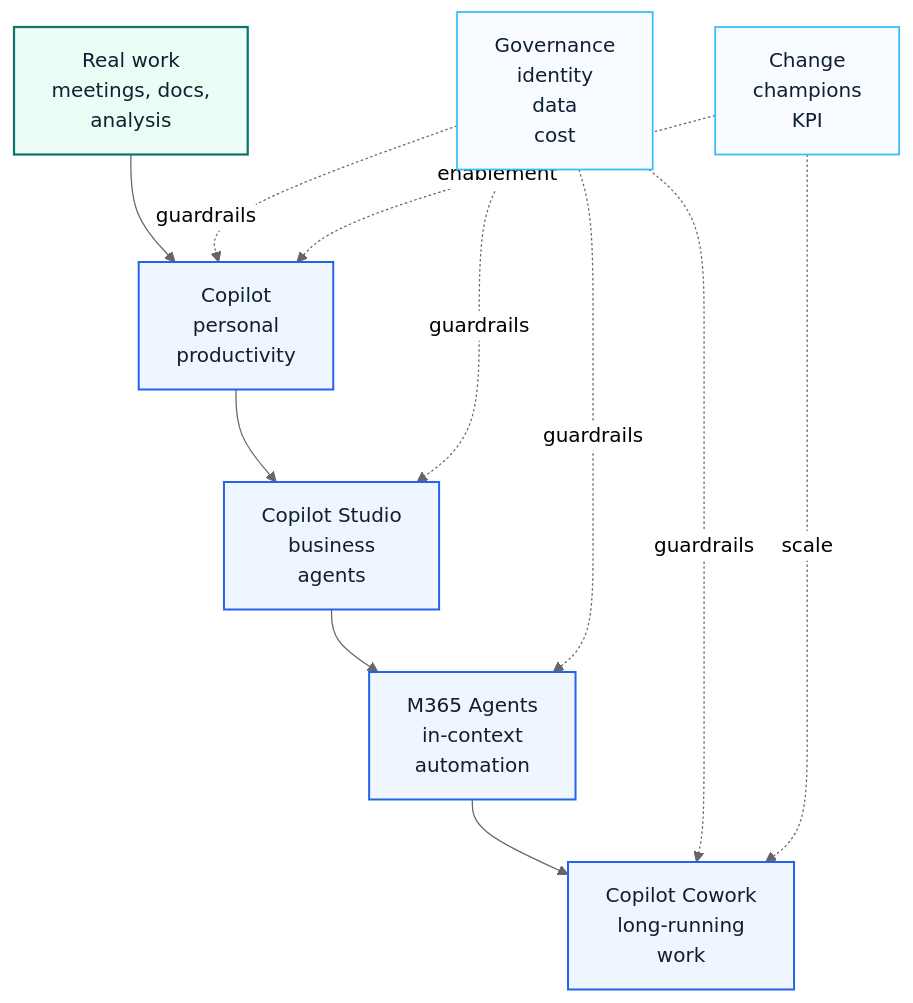
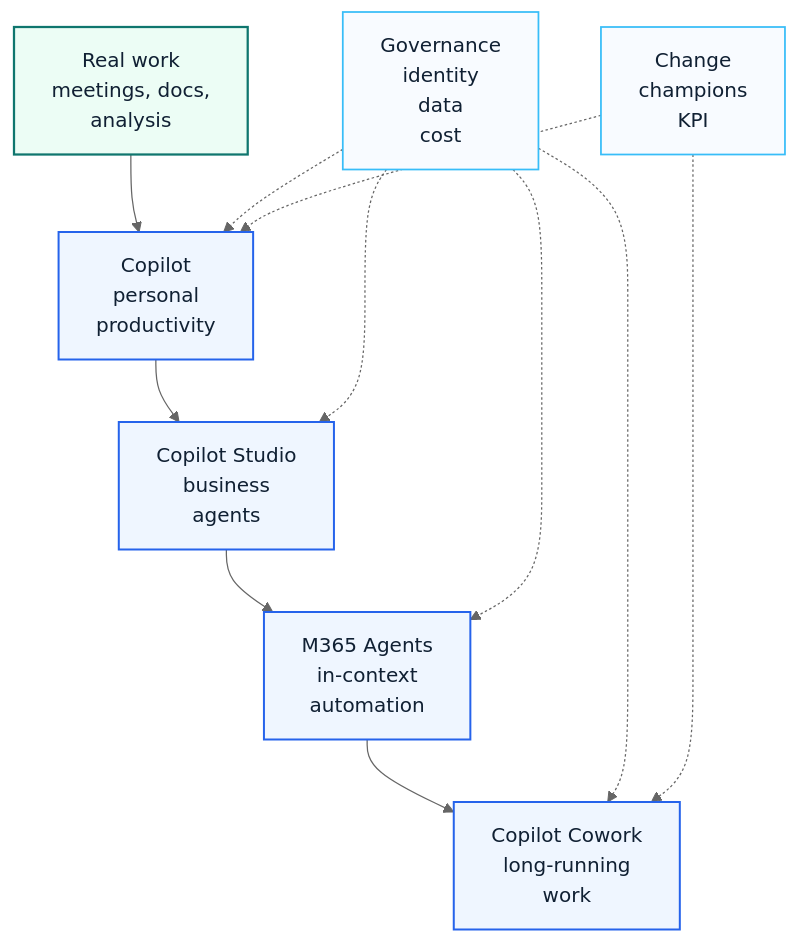
The diagram in docs/copilot/overview.md (Eric841001/Eric841001.github.io), drawn with Mermaid (neutral theme) before and after one commit.

Commit message:
Simplify Copilot adoption diagram

````diff
--- a/docs/copilot/overview.md
+++ b/docs/copilot/overview.md
@@ -15,22 +15,22 @@
 ```mermaid
 flowchart TB
   Work["Real work<br/>meetings, docs,<br/>analysis"]:::work
   Copilot["Copilot<br/>personal<br/>productivity"]:::ai
   Studio["Copilot Studio<br/>business<br/>agents"]:::ai
   Agents["M365 Agents<br/>in-context<br/>automation"]:::ai
   Cowork["Copilot Cowork<br/>long-running<br/>work"]:::ai
   Governance["Governance<br/>identity<br/>data<br/>cost"]:::gov
   Adoption["Change<br/>champions<br/>KPI"]:::gov
 
   Work --> Copilot --> Studio --> Agents --> Cowork
-  Governance -. guardrails .-> Copilot
-  Governance -. guardrails .-> Studio
-  Governance -. guardrails .-> Agents
-  Governance -. guardrails .-> Cowork
-  Adoption -. enablement .-> Copilot
-  Adoption -. scale .-> Cowork
+  Governance -.-> Copilot
+  Governance -.-> Studio
+  Governance -.-> Agents
+  Governance -.-> Cowork
+  Adoption -.-> Copilot
+  Adoption -.-> Cowork
 
   classDef work fill:#ecfdf5,stroke:#0f766e,color:#102033,stroke-width:1.8px
   classDef ai fill:#eff6ff,stroke:#2563eb,color:#102033,stroke-width:1.6px
   classDef gov fill:#f8fbff,stroke:#38bdf8,color:#102033,stroke-width:1.4px
 ```
````
